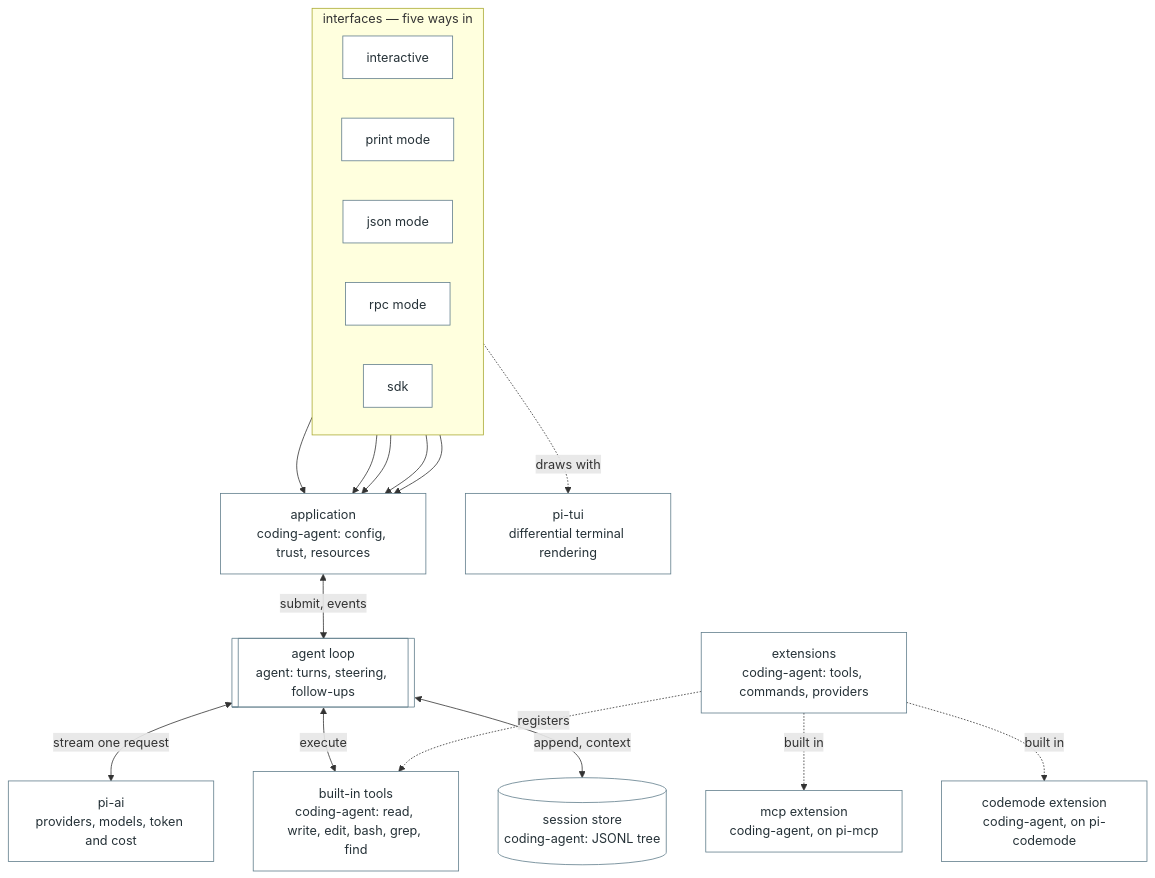
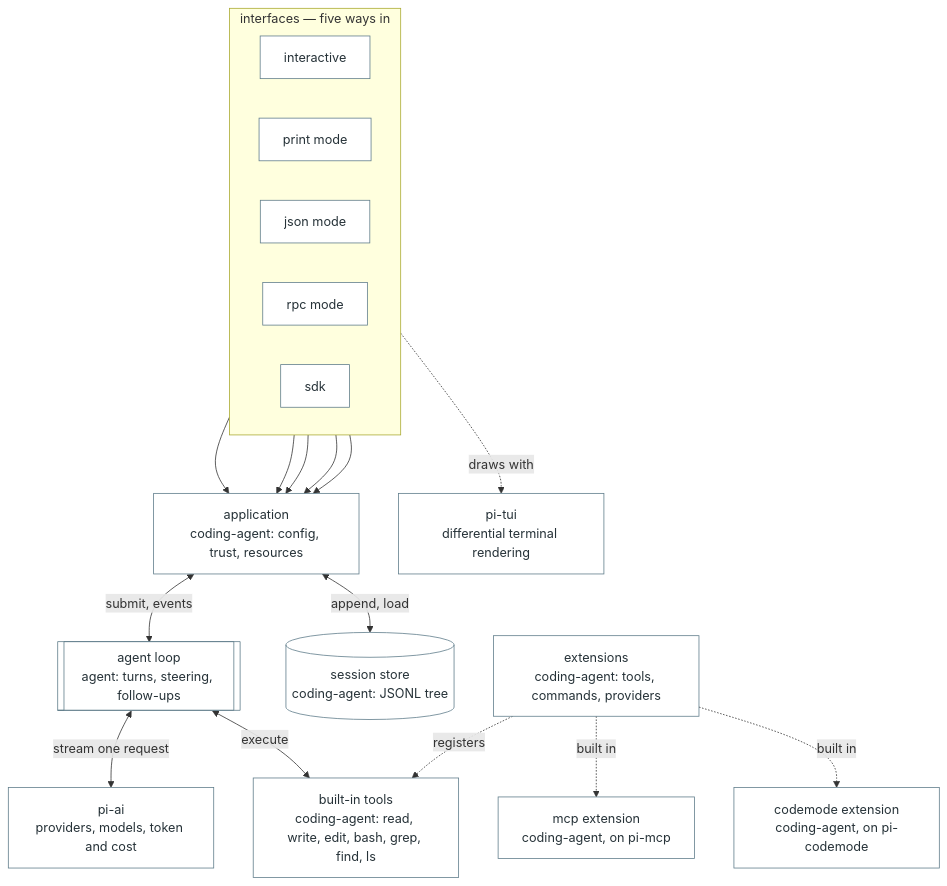
Before and after one commit to OverbearingPearl/pearl: the first of 2 diagrams in README.md, drawn with Mermaid.

Commit message:
Hand Pi's store back to the application that writes it
The store edge started at the loop, and in Pi the loop does not own a
file: the agent keeps its messages in memory, and `session-manager` under
`coding-agent` appends them. The loop receives the branch because the
application hands it over, which is what the existing submit edge
carries.

That difference is the one this figure exists to show. PEARL's record is
core state and an adapter writes it; Pi's store belongs to the product
and the loop only ever sees messages. Drawn the other way, the two
architectures looked more alike than they are.

````diff
--- a/README.md
+++ b/README.md
@@ -168,35 +168,35 @@
 ```mermaid
 flowchart TB
   subgraph ifaces["interfaces — five ways in"]
     direction LR
     i_tui["interactive"]
     i_print["print mode"]
     i_json["json mode"]
     i_rpc["rpc mode"]
     i_sdk["sdk"]
   end
   a_shell["application<br/>coding-agent: config, trust, resources"]
-  a_tools["built-in tools<br/>coding-agent: read, write, edit, bash, grep, find"]
+  a_tools["built-in tools<br/>coding-agent: read, write, edit, bash, grep, find, ls"]
   a_ext["extensions<br/>coding-agent: tools, commands, providers"]
   a_store[("session store<br/>coding-agent: JSONL tree")]
   l_loop[["agent loop<br/>agent: turns, steering, follow-ups"]]
   ai["pi-ai<br/>providers, models, token and cost"]
   tui["pi-tui<br/>differential terminal rendering"]
   mcp["mcp extension<br/>coding-agent, on pi-mcp"]
   codemode["codemode extension<br/>coding-agent, on pi-codemode"]
   i_tui --> a_shell
   i_print --> a_shell
   i_json --> a_shell
   i_rpc --> a_shell
   i_sdk --> a_shell
   i_tui -.->|draws with| tui
   a_shell <-->|submit, events| l_loop
   l_loop <-->|stream one request| ai
   l_loop <-->|execute| a_tools
-  l_loop <-->|append, context| a_store
+  a_shell <-->|append, load| a_store
   a_ext -.->|registers| a_tools
   a_ext -.->|built in| mcp
   a_ext -.->|built in| codemode
   classDef base fill:#ffffff,stroke:#607d8b,color:#263238
   class i_tui,i_print,i_json,i_rpc,i_sdk,a_shell,a_tools,a_ext,a_store,l_loop,ai,tui,mcp,codemode base
 ```
````
